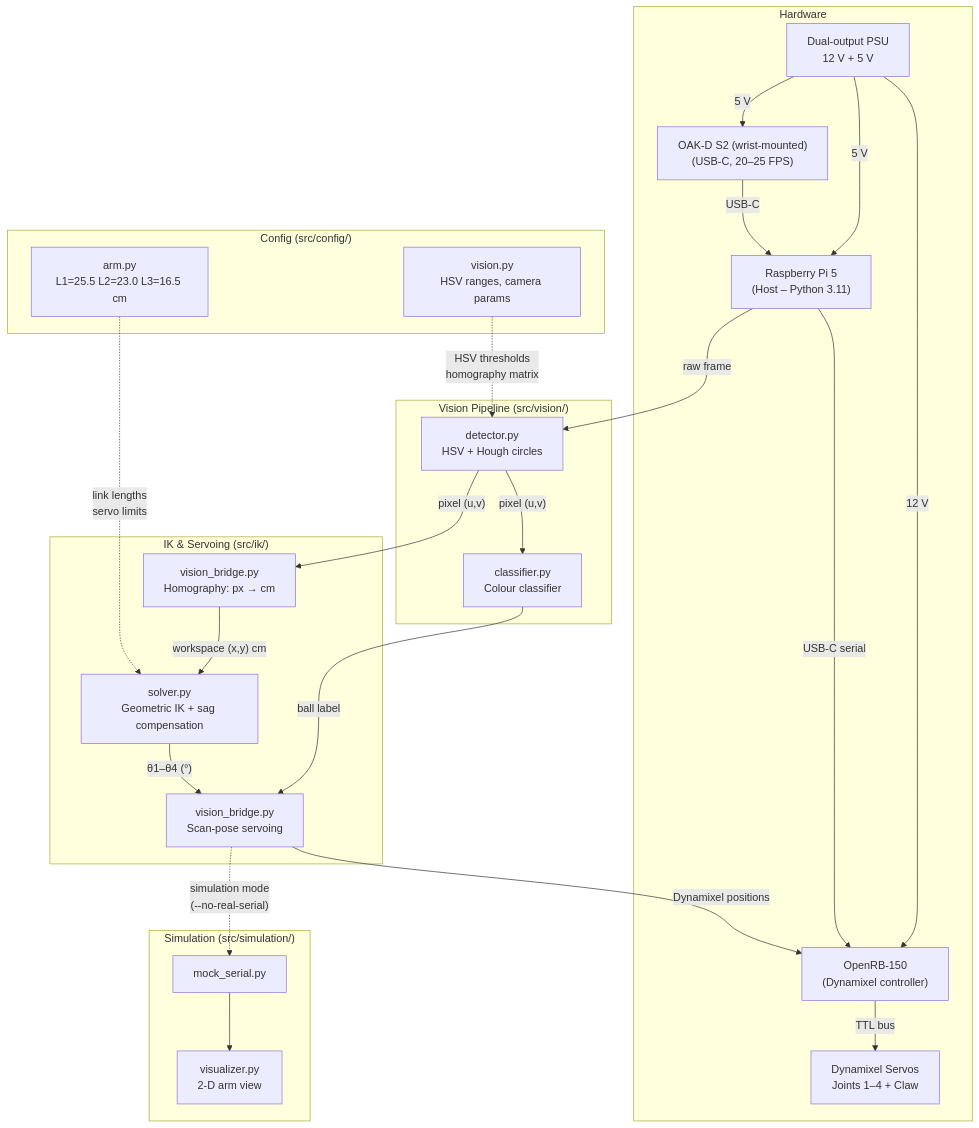
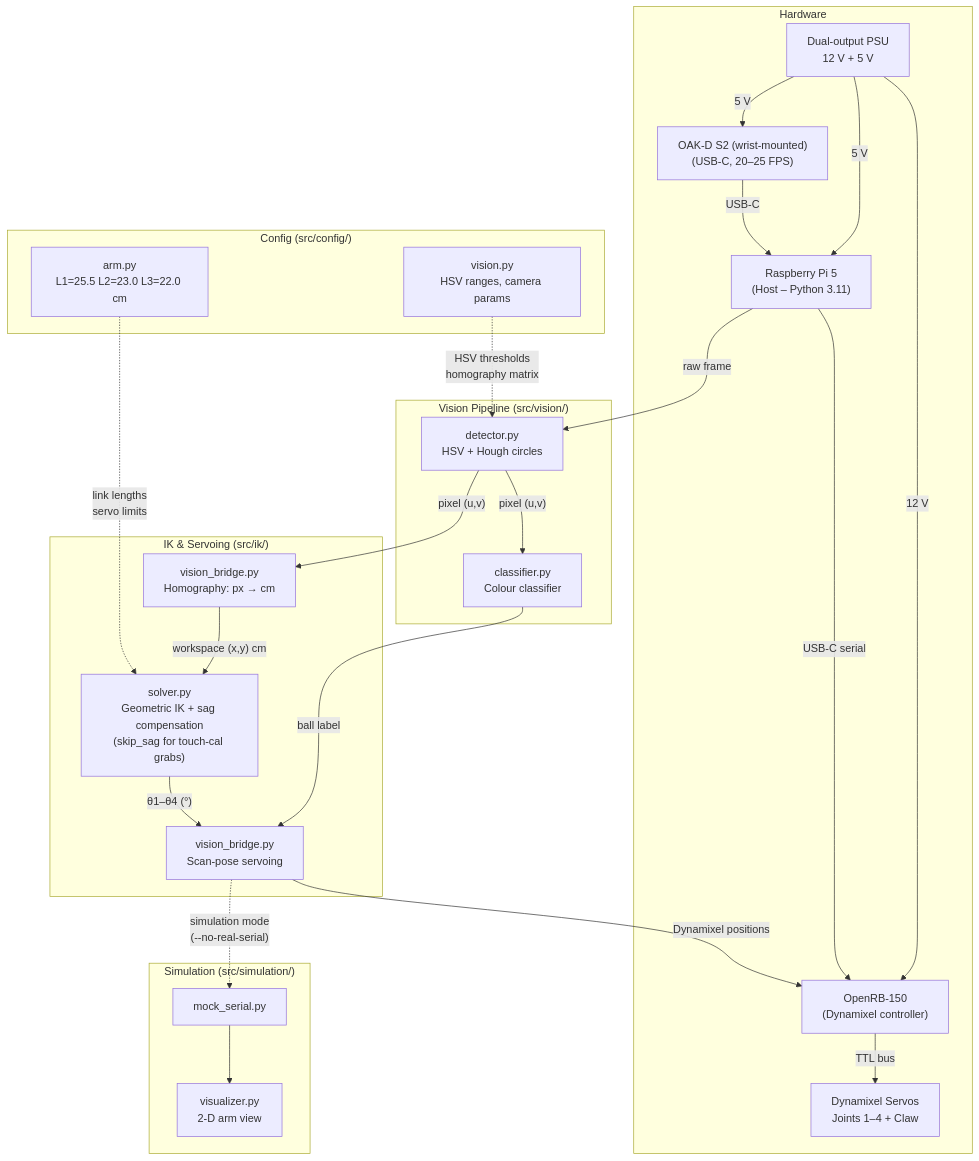
One commit to saywha90/Bachelor_prosjekt changed the first of 2 diagrams in docs/architecture.md. Above: the diagram before and after it, drawn with Mermaid. The commit also changed other lines of this file and 22 other files, not shown here.

First line of the commit message:
docs: update L3 length to 22.0 cm and document touch-cal grabs

````diff
--- a/docs/architecture.md
+++ b/docs/architecture.md
@@ -14,52 +14,52 @@
 ```mermaid
 flowchart TD
     subgraph Hardware
         PI["Raspberry Pi 5\n(Host – Python 3.11)"]
         CAM["OAK-D S2 (wrist-mounted)\n(USB-C, 20–25 FPS)"]
         MCU["OpenRB-150\n(Dynamixel controller)"]
         SERVO["Dynamixel Servos\nJoints 1–4 + Claw"]
         PSU["Dual-output PSU\n12 V + 5 V"]
     end
 
     subgraph Vision ["Vision Pipeline (src/vision/)"]
         DET["detector.py\nHSV + Hough circles"]
         CLS["classifier.py\nColour classifier"]
     end
 
     subgraph IK ["IK & Servoing (src/ik/)"]
         HOM["vision_bridge.py\nHomography: px → cm"]
-        SOLVER["solver.py\nGeometric IK + sag compensation"]
+        SOLVER["solver.py\nGeometric IK + sag compensation\n(skip_sag for touch-cal grabs)"]
         SERVO_LOOP["vision_bridge.py\nScan-pose servoing"]
     end
 
     subgraph Config ["Config (src/config/)"]
-        ARMCFG["arm.py\nL1=25.5 L2=23.0 L3=16.5 cm"]
+        ARMCFG["arm.py\nL1=25.5 L2=23.0 L3=22.0 cm"]
         VISCFG["vision.py\nHSV ranges, camera params"]
     end
 
     subgraph Sim ["Simulation (src/simulation/)"]
         MOCK["mock_serial.py"]
         VIZ["visualizer.py\n2-D arm view"]
     end
 
     CAM -->|"USB-C"| PI
     PI -->|"USB-C serial"| MCU
     MCU -->|"TTL bus"| SERVO
     PSU -->|"12 V"| MCU
     PSU -->|"5 V"| PI
     PSU -->|"5 V"| CAM
 
     PI -->|"raw frame"| DET
     DET -->|"pixel (u,v)"| CLS
     DET -->|"pixel (u,v)"| HOM
     CLS -->|"ball label"| SERVO_LOOP
     HOM -->|"workspace (x,y) cm"| SOLVER
     SOLVER -->|"θ1–θ4 (°)"| SERVO_LOOP
     SERVO_LOOP -->|"Dynamixel positions"| MCU
 
     ARMCFG -.->|"link lengths\nservo limits"| SOLVER
     VISCFG -.->|"HSV thresholds\nhomography matrix"| DET
 
     SERVO_LOOP -.->|"simulation mode\n(--no-real-serial)"| MOCK
     MOCK --> VIZ
 ```
````
